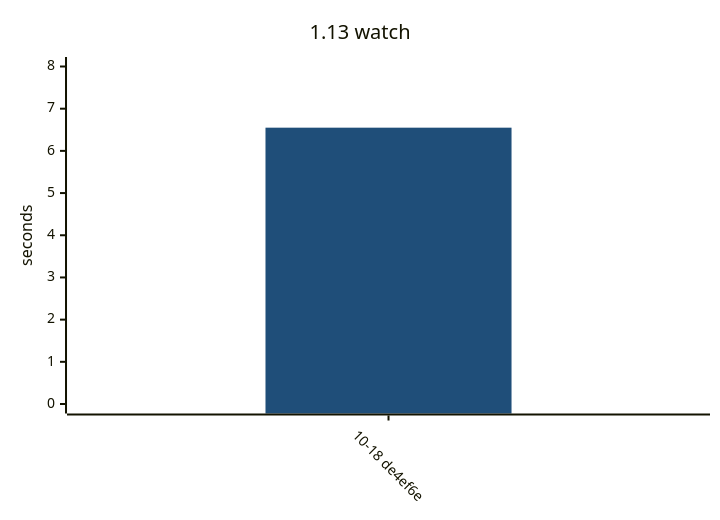
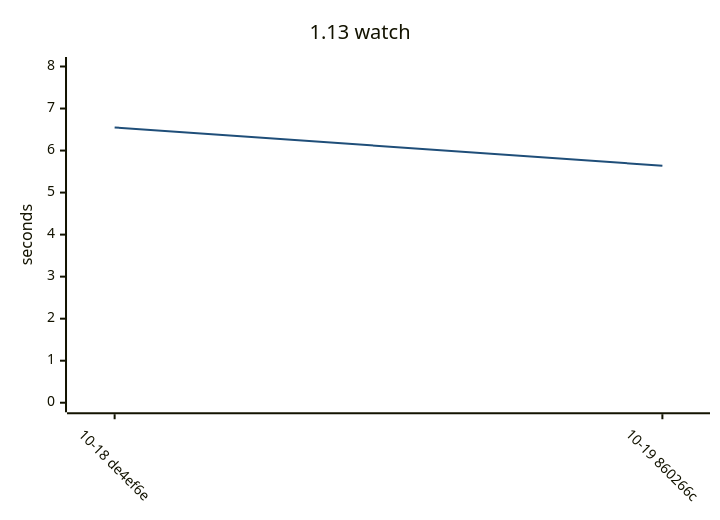
The fourth of 15 diagrams in README.md (yamanori99/DistSSHQueue.jl), drawn with Mermaid before and after one commit. The commit also changed other lines of this file and 1 other file, not shown here.

````diff
--- a/README.md
+++ b/README.md
@@ -127,17 +129,17 @@
 ```mermaid
 ---
 config:
   theme: base
   themeVariables:
     xyChart:
       plotColorPalette: "#1f4e79"
   xyChart:
     xAxis:
       labelRotation: 45
 ---
 xychart-beta
     title "1.13 watch"
-    x-axis ["10-18 de4ef6e"]
+    x-axis ["10-18 de4ef6e", "10-19 860266c"]
     y-axis "seconds" 0 --> 8
-    bar [6.55]
+    line [6.55, 5.64]
 ```
````
